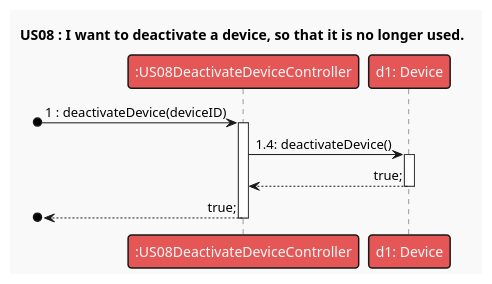
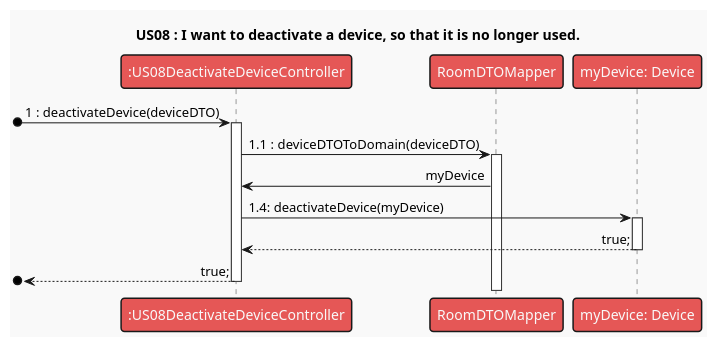
The diagram in src/main/java/pt/ipp/isep/dei/examples/basic/domain/SmartHome/UML/US08v2.puml (RicardoAraujoPT/SmartHome2), drawn with PlantUML before and after one commit. The commit also changed 5 other files, not shown here.

```diff
--- a/src/main/java/pt/ipp/isep/dei/examples/basic/domain/SmartHome/UML/US08v2.puml
+++ b/src/main/java/pt/ipp/isep/dei/examples/basic/domain/SmartHome/UML/US08v2.puml
@@ -1,12 +1,14 @@
 @startuml
 'https://plantuml.com/sequence-diagram
 
 !theme mars
 skinparam sequenceMessageAlign direction
 
 title US08 : I want to deactivate a device, so that it is no longer used.
-[o-> ":US08DeactivateDeviceController" ++ : 1 : deactivateDevice(deviceID)
-":US08DeactivateDeviceController" -> "d1: Device" ++: 1.4: deactivateDevice()
-    "d1: Device" --> ":US08DeactivateDeviceController" --: true;
+[o-> ":US08DeactivateDeviceController" ++ : 1 : deactivateDevice(deviceDTO)
+":US08DeactivateDeviceController"-> "RoomDTOMapper" ++ : 1.1 : deviceDTOToDomain(deviceDTO)
+"RoomDTOMapper"-> ":US08DeactivateDeviceController" : myDevice
+":US08DeactivateDeviceController" -> "myDevice: Device" ++: 1.4: deactivateDevice(myDevice)
+    "myDevice: Device" --> ":US08DeactivateDeviceController" --: true;
 [o<-- ":US08DeactivateDeviceController" --: true;
 @enduml
```
